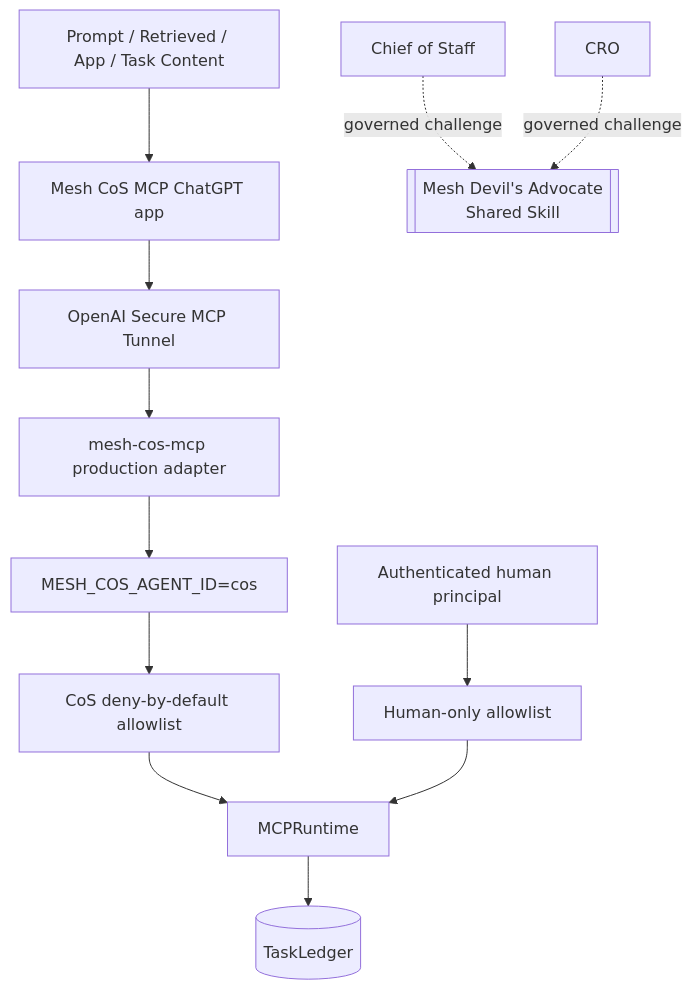
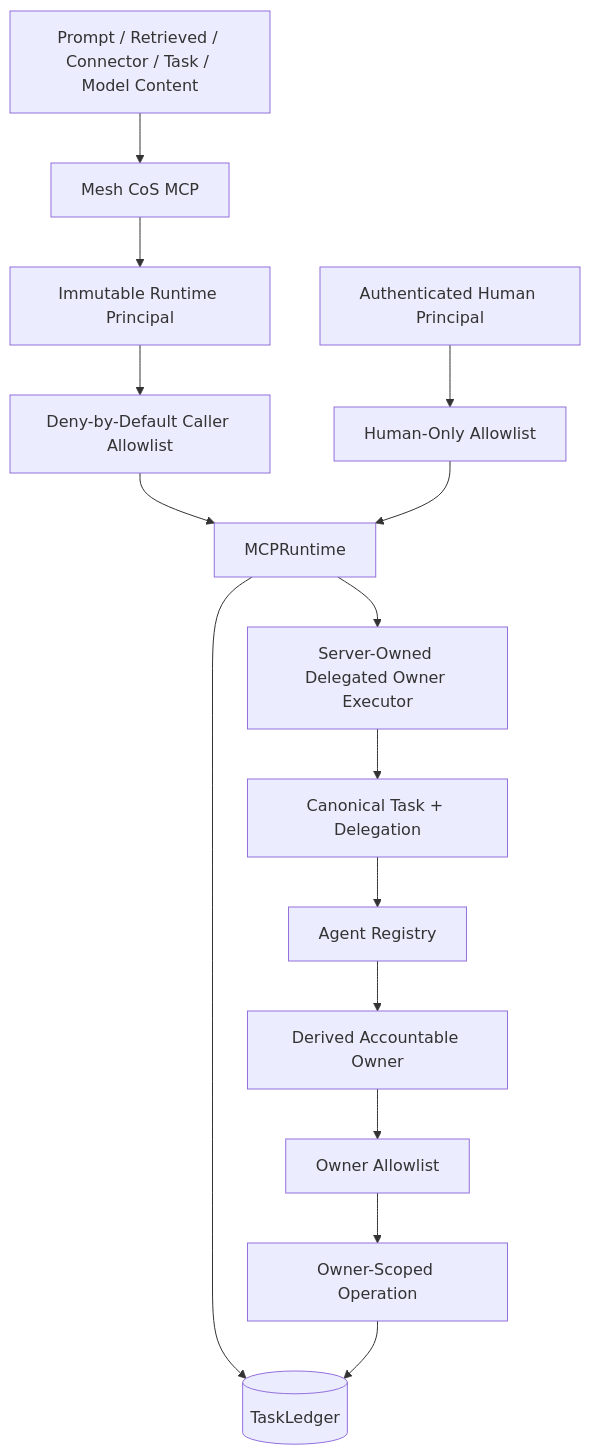
One commit to mkleinbe/mesh-ai-agent-cos-universe changed the diagram in docs/security-governance.md. Above: the diagram before and after it, drawn with Mermaid. The commit also changed other lines of this file, not shown here.

Commit message:
docs: govern cross-agent identity-aware execution

````diff
--- a/docs/security-governance.md
+++ b/docs/security-governance.md
@@ -7,14 +7,17 @@
 ```mermaid
 flowchart TB
-    IN[Prompt / Retrieved / App / Task Content] --> APP[Mesh CoS MCP ChatGPT app]
-    APP --> TUN[OpenAI Secure MCP Tunnel]
-    TUN --> HTTP[mesh-cos-mcp production adapter]
-    HTTP --> ID[MESH_COS_AGENT_ID=cos]
-    ID --> AL[CoS deny-by-default allowlist]
+    U[Prompt / Retrieved / Connector / Task / Model Content] --> APP[Mesh CoS MCP]
+    APP --> ID[Immutable Runtime Principal]
+    ID --> AL[Deny-by-Default Caller Allowlist]
     AL --> RT[MCPRuntime]
-    HUMAN[Authenticated human principal] --> HL[Human-only allowlist]
+    RT --> TL[(TaskLedger)]
+    RT --> DX[Server-Owned Delegated Owner Executor]
+    DX --> CR[Canonical Task + Delegation]
+    CR --> AR[Agent Registry]
+    AR --> OA[Derived Accountable Owner]
+    OA --> OAL[Owner Allowlist]
+    OAL --> OP[Owner-Scoped Operation]
+    OP --> TL
+    HUMAN[Authenticated Human Principal] --> HL[Human-Only Allowlist]
     HL --> RT
-    RT --> L[(TaskLedger)]
-    COS[Chief of Staff] -. governed challenge .-> DA[[Mesh Devil's Advocate\nShared Skill]]
-    CRO[CRO] -. governed challenge .-> DA
 ```
````
